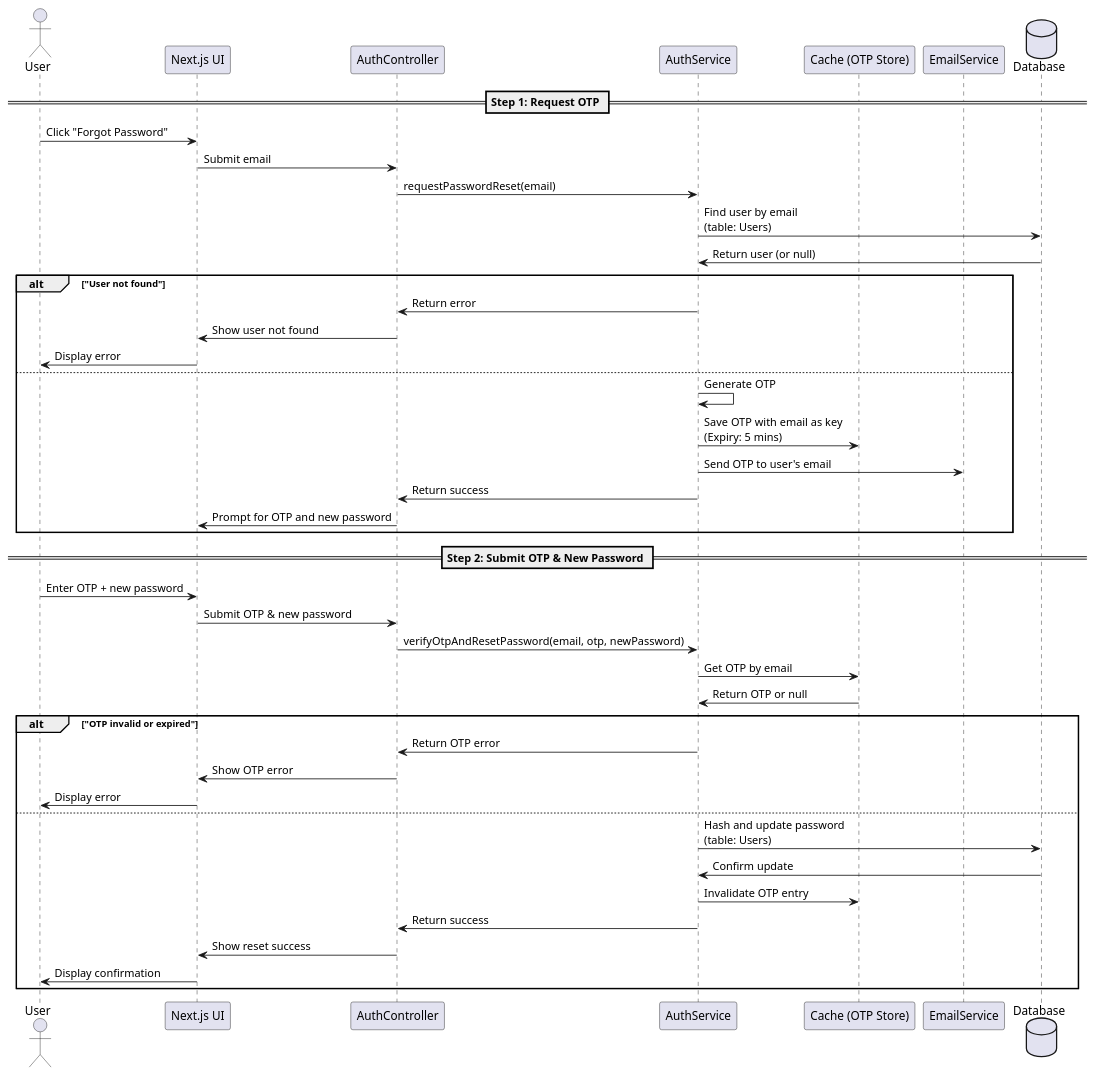
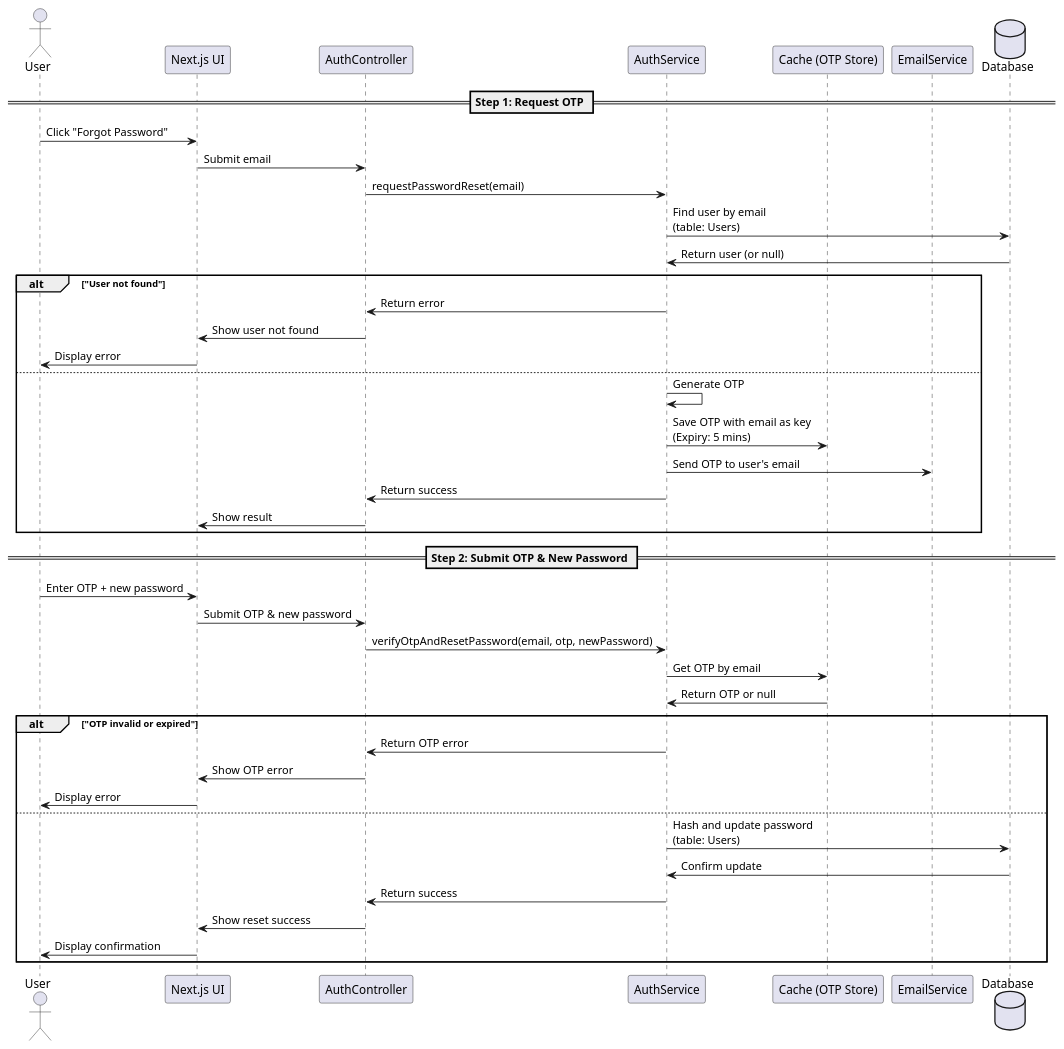
One commit to himbo22/project-itzy changed the diagram in diagram/Both-Forgot-Password.md. Above: the diagram before and after it, drawn with PlantUML. The commit also changed 1 other file, not shown here.

````diff
--- a/diagram/Both-Forgot-Password.md
+++ b/diagram/Both-Forgot-Password.md
@@ -2,54 +2,52 @@
 ```uml
 @startuml
 actor User
 participant "Next.js UI" as UI
 participant "AuthController" as Controller
 participant "AuthService" as Service
 participant "Cache (OTP Store)" as Cache
 participant "EmailService" as Email
 database "Database" as Database
 
 == Step 1: Request OTP ==
 User -> UI : Click "Forgot Password"
 UI -> Controller : Submit email
 Controller -> Service : requestPasswordReset(email)
 
 Service -> Database : Find user by email \n(table: Users)
 Database -> Service : Return user (or null)
 
 alt "User not found"
     Service -> Controller : Return error
     Controller -> UI : Show user not found
     UI -> User : Display error
 else
     Service -> Service : Generate OTP
     Service -> Cache : Save OTP with email as key \n(Expiry: 5 mins)
     Service -> Email : Send OTP to user's email
 
     Service -> Controller : Return success
-    Controller -> UI : Prompt for OTP and new password
+    Controller -> UI : Show result
 end
 
 == Step 2: Submit OTP & New Password ==
 User -> UI : Enter OTP + new password
 UI -> Controller : Submit OTP & new password
 Controller -> Service : verifyOtpAndResetPassword(email, otp, newPassword)
 
 Service -> Cache : Get OTP by email
 Cache -> Service : Return OTP or null
 
 alt "OTP invalid or expired"
     Service -> Controller : Return OTP error
     Controller -> UI : Show OTP error
     UI -> User : Display error
 else
     Service -> Database : Hash and update password \n(table: Users)
     Database -> Service : Confirm update
-    Service -> Cache : Invalidate OTP entry
-
     Service -> Controller : Return success
     Controller -> UI : Show reset success
     UI -> User : Display confirmation
 end
 @enduml
 ```
````
